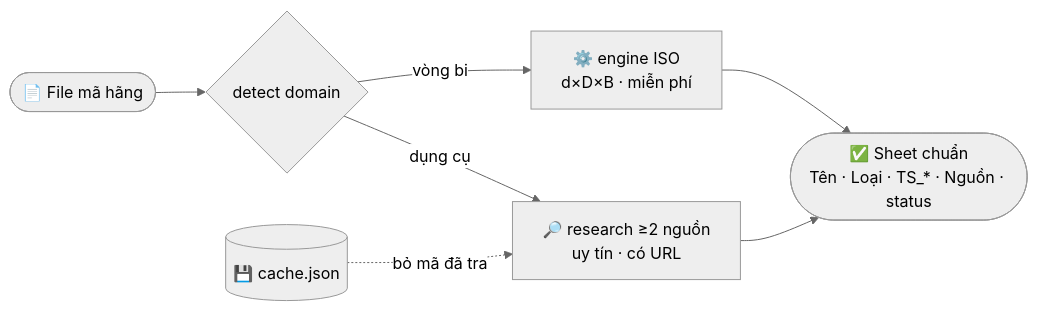
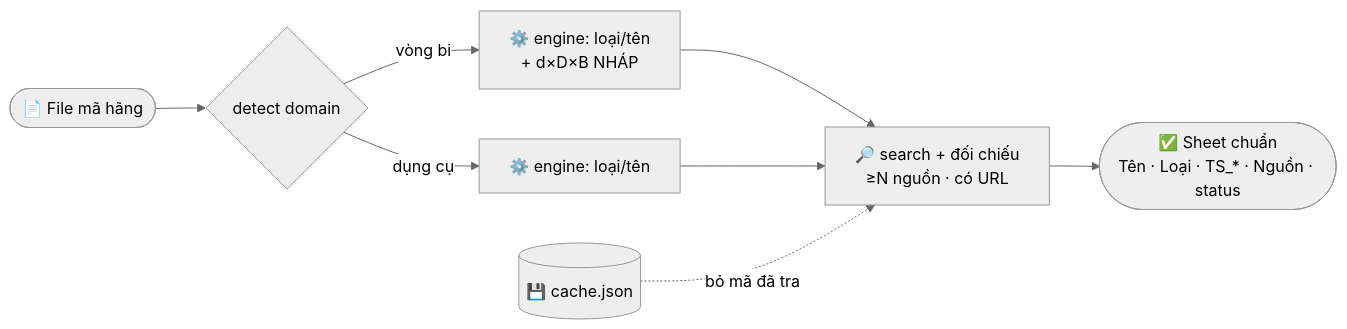
The first of 2 diagrams in README.md (nhattrung0911/naming-skills), drawn with Mermaid (neutral theme) before and after one commit. The commit also changed other lines of this file and 5 other files, not shown here.

````diff
--- a/README.md
+++ b/README.md
@@ -6,9 +6,10 @@
 ```mermaid
 flowchart LR
     A([📄 File mã hãng]) --> B{detect domain}
-    B -->|vòng bi| C[⚙️ engine ISO<br/>d×D×B · miễn phí]
-    B -->|dụng cụ| D[🔎 research ≥2 nguồn<br/>uy tín · có URL]
-    CACHE[(💾 cache.json)] -. bỏ mã đã tra .-> D
-    C --> E([✅ Sheet chuẩn<br/>Tên · Loại · TS_* · Nguồn · status])
-    D --> E
+    B -->|vòng bi| C[⚙️ engine: loại/tên<br/>+ d×D×B NHÁP]
+    B -->|dụng cụ| D[⚙️ engine: loại/tên]
+    C --> R[🔎 search + đối chiếu<br/>≥N nguồn · có URL]
+    D --> R
+    CACHE[(💾 cache.json)] -. bỏ mã đã tra .-> R
+    R --> E([✅ Sheet chuẩn<br/>Tên · Loại · TS_* · Nguồn · status])
 ```
````
